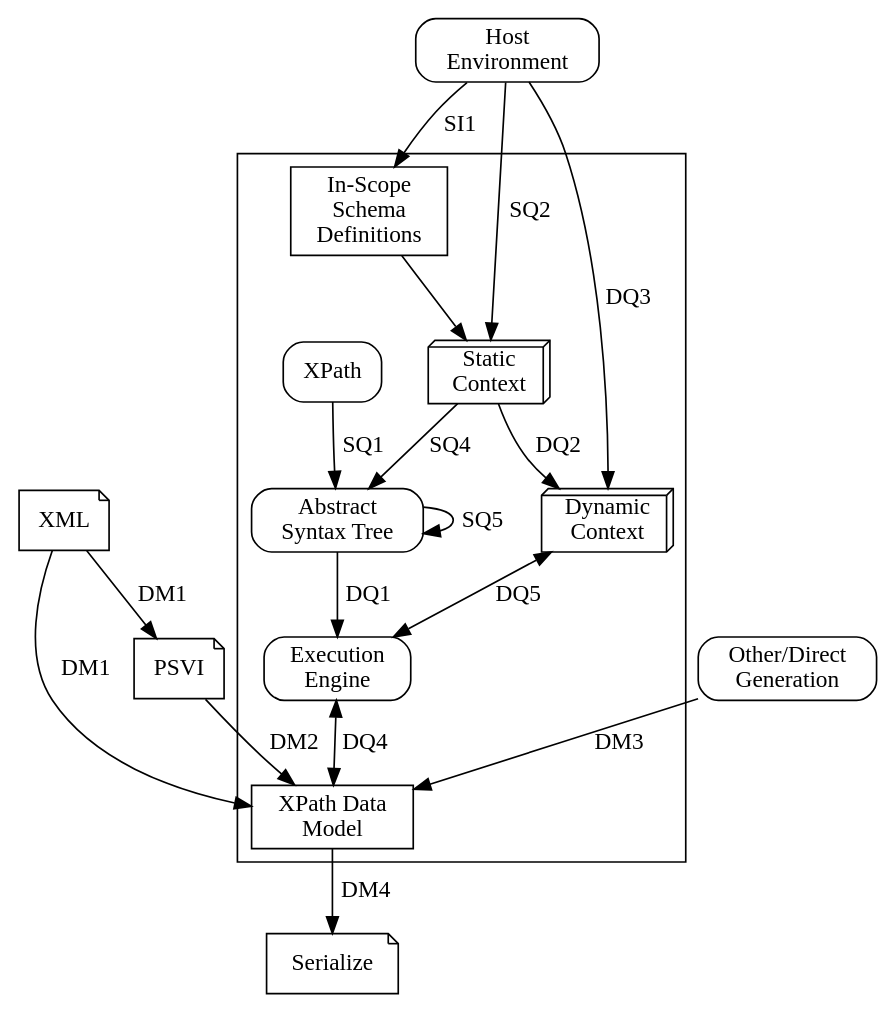
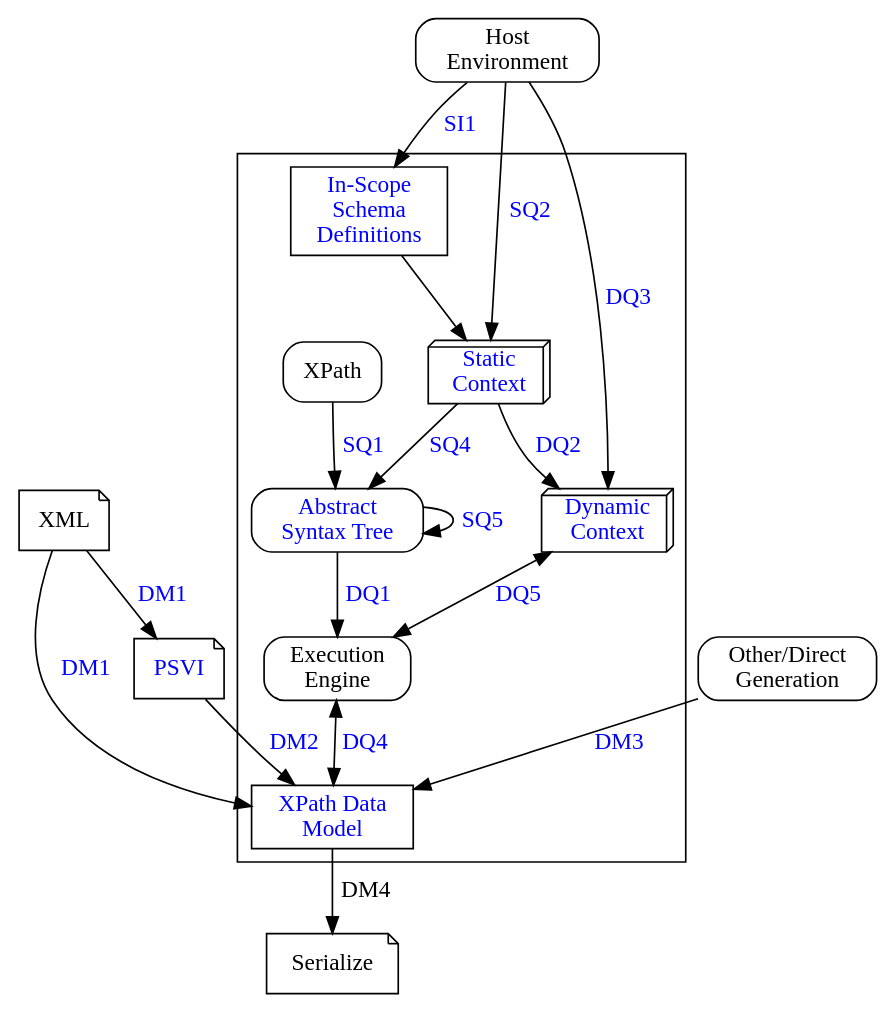
The diagram in specifications/xquery-40/image-sources/procmod-xpath.dot (qt4cg/qtspecs), drawn with Graphviz before and after one commit. The commit also changed 4 other files, not shown here.

First line of the commit message:
Add links from processing model diagrams

```diff
--- a/specifications/xquery-40/image-sources/procmod-xpath.dot
+++ b/specifications/xquery-40/image-sources/procmod-xpath.dot
@@ -1,36 +1,45 @@
 digraph Processing_Model {
     subgraph clusterQT4 {
         Exec [label="Execution\nEngine"; shape=rect; style=rounded ];
-        XDM [label="XPath Data\nModel"; shape=rect ];
-        AST [label="Abstract\nSyntax Tree"; shape=rect; style=rounded ];
-        Static [label="Static\nContext"; shape="box3d" ];
-        Dynamic [label="Dynamic\nContext"; shape="box3d" ];
-        Schema [label="In-Scope\nSchema\nDefinitions"; shape=rect ];
+        XDM [label="XPath Data\nModel"; shape=rect;
+             fontcolor=blue;
+             URL="#dt-data-model-instance"];
+        AST [label="Abstract\nSyntax Tree"; shape=rect; style=rounded;
+             fontcolor="blue"; URL="#SQ5" ];
+        Static [label="Static\nContext"; shape="box3d";
+                fontcolor="blue";
+                URL="#dt-static-context"];
+        Dynamic [label="Dynamic\nContext"; shape="box3d";
+                 fontcolor="blue";
+                 URL="#dt-dynamic-context"];
+        Schema [label="In-Scope\nSchema\nDefinitions"; shape=rect;
+                fontcolor="blue";
+                URL="#dt-issd"];
         XPath [label="XPath"; shape=rect; style=rounded ];
 
-        XPath -> AST [label=" SQ1" ];
-        AST -> AST [label=" SQ5" ];
-        AST -> Exec [label=" DQ1" ];
+        XPath -> AST [label=" SQ1"; fontcolor="blue"; URL="#SQ1234" ];
+        AST -> AST [label=" SQ5"; fontcolor="blue"; URL="#SQ5" ];
+        AST -> Exec [label=" DQ1"; fontcolor="blue"; URL="#DQ12345" ];
         Schema -> Static;
-        Static -> AST [label=" SQ4" ];
-        Static -> Dynamic [label=" DQ2" ];
-        Dynamic -> Exec [ dir="both"; label=" DQ5" ];
-        Exec -> XDM [ dir="both"; label=" DQ4" ];
+        Static -> AST [label=" SQ4"; fontcolor="blue"; URL="#SQ1234"  ];
+        Static -> Dynamic [label=" DQ2"; fontcolor="blue"; URL="#DQ12345" ];
+        Dynamic -> Exec [ dir="both"; label=" DQ5"; fontcolor="blue"; URL="#DQ12345" ];
+        Exec -> XDM [ dir="both"; label=" DQ4"; fontcolor="blue"; URL="#DQ12345" ];
     }
     XML [ shape="note" ];
-    PSVI [ shape="note" ];
-    XML -> PSVI [ label=" DM1" ];
-    PSVI -> XDM  [ label=" DM2" ];
-    XML -> XDM [ label=" DM1" ];
+    PSVI [ shape="note"; fontcolor="blue"; URL="#id-data-model-generation" ];
+    XML -> PSVI [ label=" DM1"; fontcolor="blue"; URL="#DM1" ];
+    PSVI -> XDM  [ label=" DM2"; fontcolor="blue"; URL="#DM2" ];
+    XML -> XDM [ label=" DM1"; fontcolor="blue"; URL="#DM1" ];
 
     Direct [ label="Other/Direct\nGeneration"; shape=rect; style=rounded ];
-    Direct -> XDM [ label=" DM3" ];
+    Direct -> XDM [ label=" DM3"; fontcolor="blue"; URL="#DM3" ];
 
     Host [ label="Host\nEnvironment"; shape=rect; style=rounded ];
-    Host -> Schema [label=" SI1" ];
-    Host -> Static [label=" SQ2" ];
-    Host -> Dynamic [label=" DQ3" ];
+    Host -> Schema [label=" SI1"; fontcolor="blue"; URL="#id-schema-import-processing" ];
+    Host -> Static [label=" SQ2"; fontcolor="blue"; URL="#SQ1234" ];
+    Host -> Dynamic [label=" DQ3"; fontcolor="blue"; URL="#DQ12345" ];
 
     Serialize [ shape="note"; bgcolor="#FF00FF"; ];
     XDM -> Serialize [ label=" DM4" ];
 }
```
